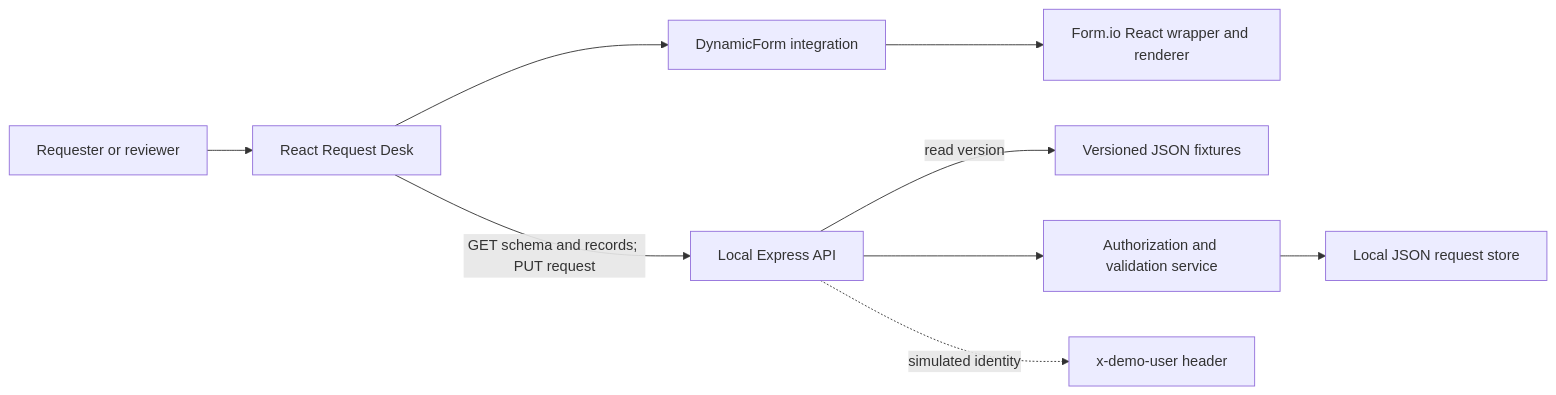
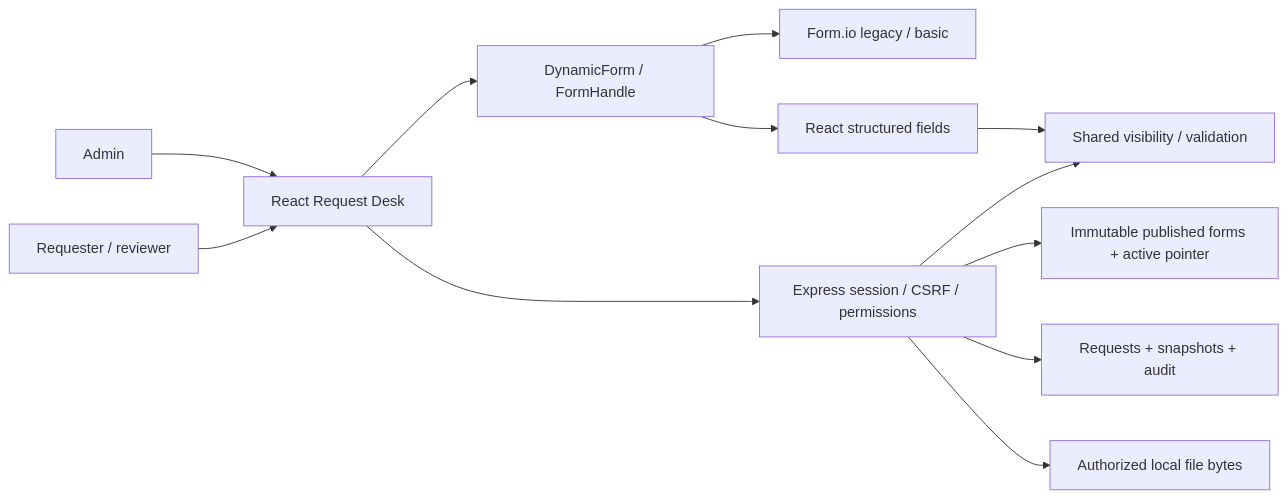
The diagram in docs/architecture.md (meou2731999/bosch-assignment), drawn with Mermaid before and after one commit. The commit also changed other lines of this file and 13 other files, not shown here.

````diff
--- a/docs/architecture.md
+++ b/docs/architecture.md
@@ -5,11 +5,14 @@
 ```mermaid
 flowchart LR
-  U[Requester or reviewer] --> A[React Request Desk]
-  A --> D[DynamicForm integration]
-  D --> F[Form.io React wrapper and renderer]
-  A -->|GET schema and records; PUT request| API[Local Express API]
-  API -->|read version| J[Versioned JSON fixtures]
-  API --> V[Authorization and validation service]
-  V --> S[Local JSON request store]
-  API -. simulated identity .-> M[x-demo-user header]
+  A[Admin] --> UI[React Request Desk]
+  U[Requester / reviewer] --> UI
+  UI --> D[DynamicForm / FormHandle]
+  D --> F[Form.io legacy / basic]
+  D --> R[React structured fields]
+  R --> V[Shared visibility / validation]
+  UI --> API[Express session / CSRF / permissions]
+  API --> V
+  API --> FS[Immutable published forms + active pointer]
+  API --> RS[Requests + snapshots + audit]
+  API --> B[Authorized local file bytes]
 ```
````
